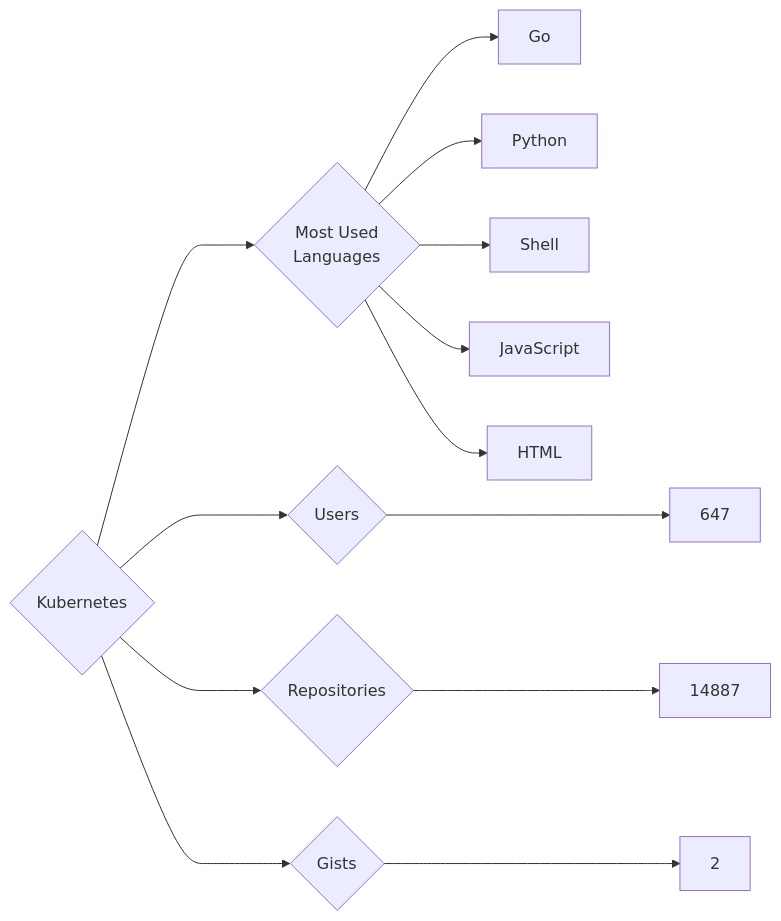
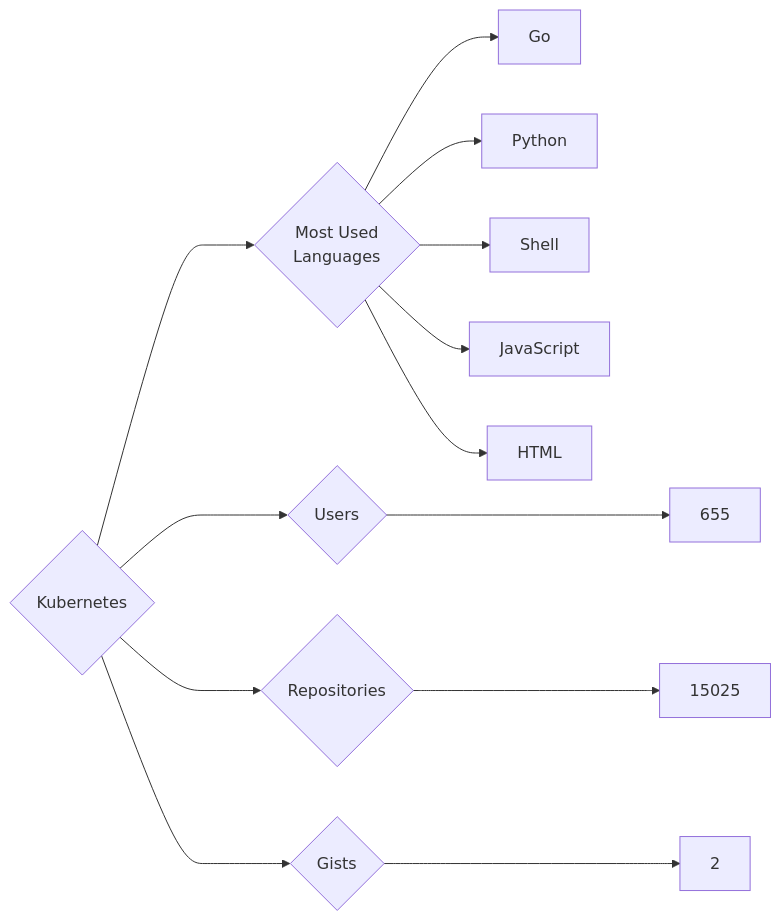
Before and after one commit to trickest/insiders: the diagram in targets/Kubernetes/README.md, drawn with Mermaid. The commit also changed 953 other files, not shown here.

````diff
--- a/targets/Kubernetes/README.md
+++ b/targets/Kubernetes/README.md
@@ -3,13 +3,13 @@
 ```mermaid
 graph LR
 COMPANY_NAME{Kubernetes}
-COMPANY_NAME ---> U{Users} ---> UN[647]
-COMPANY_NAME ---> R{Repositories} ---> RN[14887]
+COMPANY_NAME ---> U{Users} ---> UN[655]
+COMPANY_NAME ---> R{Repositories} ---> RN[15025]
 COMPANY_NAME ---> G{Gists} ---> GN[2]
 COMPANY_NAME ---> ML{Most Used<br>Languages}
 ML --> Go[Go]
 ML --> Python[Python]
 ML --> Shell[Shell]
 ML --> JavaScript[JavaScript]
 ML --> HTML[HTML]
 ```
````
